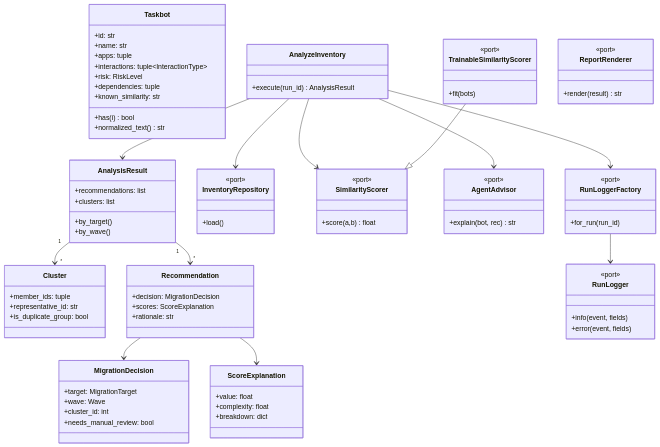
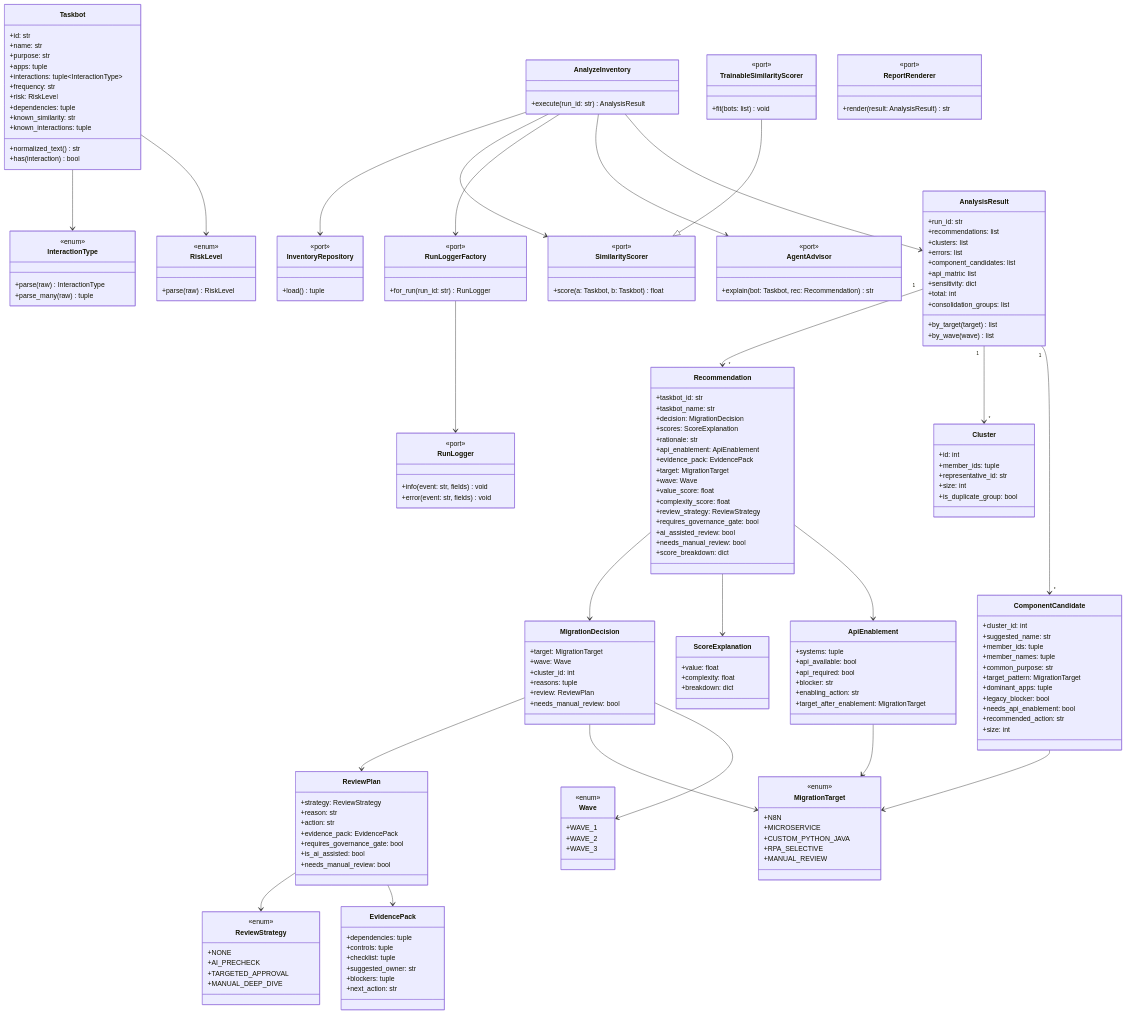
One commit to cataia-code/bancolombia-technical-challenge-b changed the second of 5 diagrams in docs/uml.md. Above: the diagram before and after it, drawn with Mermaid. The commit also changed other lines of this file and 41 other files, not shown here.

Commit message:
Improve taskbot review governance and n8n validation

````diff
--- a/docs/uml.md
+++ b/docs/uml.md
@@ -30,72 +32,167 @@
     class Taskbot {
       +id: str
       +name: str
+      +purpose: str
       +apps: tuple
       +interactions: tuple~InteractionType~
+      +frequency: str
       +risk: RiskLevel
       +dependencies: tuple
       +known_similarity: str
-      +has(i) bool
       +normalized_text() str
+      +has(interaction) bool
+      +known_interactions: tuple
+    }
+    class InteractionType {
+      <<enum>>
+      +parse(raw) InteractionType
+      +parse_many(raw) tuple
+    }
+    class RiskLevel {
+      <<enum>>
+      +parse(raw) RiskLevel
+    }
+    class MigrationTarget {
+      <<enum>>
+      +N8N
+      +MICROSERVICE
+      +CUSTOM_PYTHON_JAVA
+      +RPA_SELECTIVE
+      +MANUAL_REVIEW
+    }
+    class Wave {
+      <<enum>>
+      +WAVE_1
+      +WAVE_2
+      +WAVE_3
+    }
+    class ReviewStrategy {
+      <<enum>>
+      +NONE
+      +AI_PRECHECK
+      +TARGETED_APPROVAL
+      +MANUAL_DEEP_DIVE
     }
     class Cluster {
+      +id: int
       +member_ids: tuple
       +representative_id: str
+      +size: int
       +is_duplicate_group: bool
     }
     class Recommendation {
+      +taskbot_id: str
+      +taskbot_name: str
       +decision: MigrationDecision
       +scores: ScoreExplanation
       +rationale: str
+      +api_enablement: ApiEnablement
+      +evidence_pack: EvidencePack
+      +target: MigrationTarget
+      +wave: Wave
+      +value_score: float
+      +complexity_score: float
+      +review_strategy: ReviewStrategy
+      +requires_governance_gate: bool
+      +ai_assisted_review: bool
+      +needs_manual_review: bool
+      +score_breakdown: dict
     }
     class MigrationDecision {
       +target: MigrationTarget
       +wave: Wave
       +cluster_id: int
+      +reasons: tuple
+      +review: ReviewPlan
       +needs_manual_review: bool
+    }
+    class ReviewPlan {
+      +strategy: ReviewStrategy
+      +reason: str
+      +action: str
+      +evidence_pack: EvidencePack
+      +requires_governance_gate: bool
+      +is_ai_assisted: bool
+      +needs_manual_review: bool
+    }
+    class EvidencePack {
+      +dependencies: tuple
+      +controls: tuple
+      +checklist: tuple
+      +suggested_owner: str
+      +blockers: tuple
+      +next_action: str
     }
     class ScoreExplanation {
       +value: float
       +complexity: float
       +breakdown: dict
     }
+    class ApiEnablement {
+      +systems: tuple
+      +api_available: bool
+      +api_required: bool
+      +blocker: str
+      +enabling_action: str
+      +target_after_enablement: MigrationTarget
+    }
+    class ComponentCandidate {
+      +cluster_id: int
+      +suggested_name: str
+      +member_ids: tuple
+      +member_names: tuple
+      +common_purpose: str
+      +target_pattern: MigrationTarget
+      +dominant_apps: tuple
+      +legacy_blocker: bool
+      +needs_api_enablement: bool
+      +recommended_action: str
+      +size: int
+    }
     class AnalysisResult {
+      +run_id: str
       +recommendations: list
       +clusters: list
-      +by_target()
-      +by_wave()
+      +errors: list
+      +component_candidates: list
+      +api_matrix: list
+      +sensitivity: dict
+      +total: int
+      +by_target(target) list
+      +by_wave(wave) list
+      +consolidation_groups: list
     }
     class AnalyzeInventory {
-      +execute(run_id) AnalysisResult
+      +execute(run_id: str) AnalysisResult
     }
     class InventoryRepository {
       <<port>>
-      +load()
+      +load() tuple
     }
     class SimilarityScorer {
       <<port>>
-      +score(a,b) float
+      +score(a: Taskbot, b: Taskbot) float
     }
     class TrainableSimilarityScorer {
       <<port>>
-      +fit(bots)
+      +fit(bots: list) void
     }
     class AgentAdvisor {
       <<port>>
-      +explain(bot, rec) str
+      +explain(bot: Taskbot, rec: Recommendation) str
     }
     class ReportRenderer {
       <<port>>
-      +render(result) str
+      +render(result: AnalysisResult) str
     }
     class RunLoggerFactory {
       <<port>>
-      +for_run(run_id)
+      +for_run(run_id: str) RunLogger
     }
     class RunLogger {
       <<port>>
-      +info(event, fields)
-      +error(event, fields)
+      +info(event: str, fields) void
+      +error(event: str, fields) void
     }
 
     AnalyzeInventory --> InventoryRepository
@@ -105,8 +202,19 @@
     AnalyzeInventory --> AnalysisResult
     AnalysisResult "1" --> "*" Recommendation
     AnalysisResult "1" --> "*" Cluster
+    AnalysisResult "1" --> "*" ComponentCandidate
     Recommendation --> MigrationDecision
     Recommendation --> ScoreExplanation
+    Recommendation --> ApiEnablement
+    MigrationDecision --> ReviewPlan
+    ReviewPlan --> ReviewStrategy
+    ReviewPlan --> EvidencePack
+    ApiEnablement --> MigrationTarget
+    Taskbot --> InteractionType
+    Taskbot --> RiskLevel
+    MigrationDecision --> MigrationTarget
+    MigrationDecision --> Wave
+    ComponentCandidate --> MigrationTarget
     TrainableSimilarityScorer --|> SimilarityScorer
     RunLoggerFactory --> RunLogger
 ```
````
